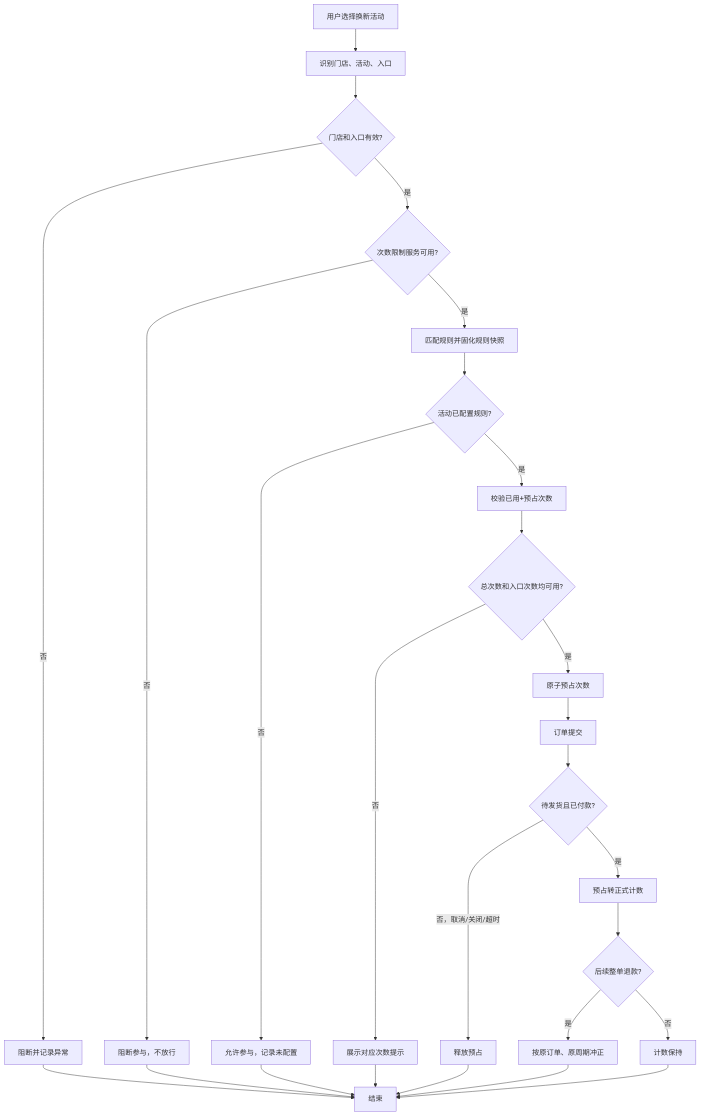
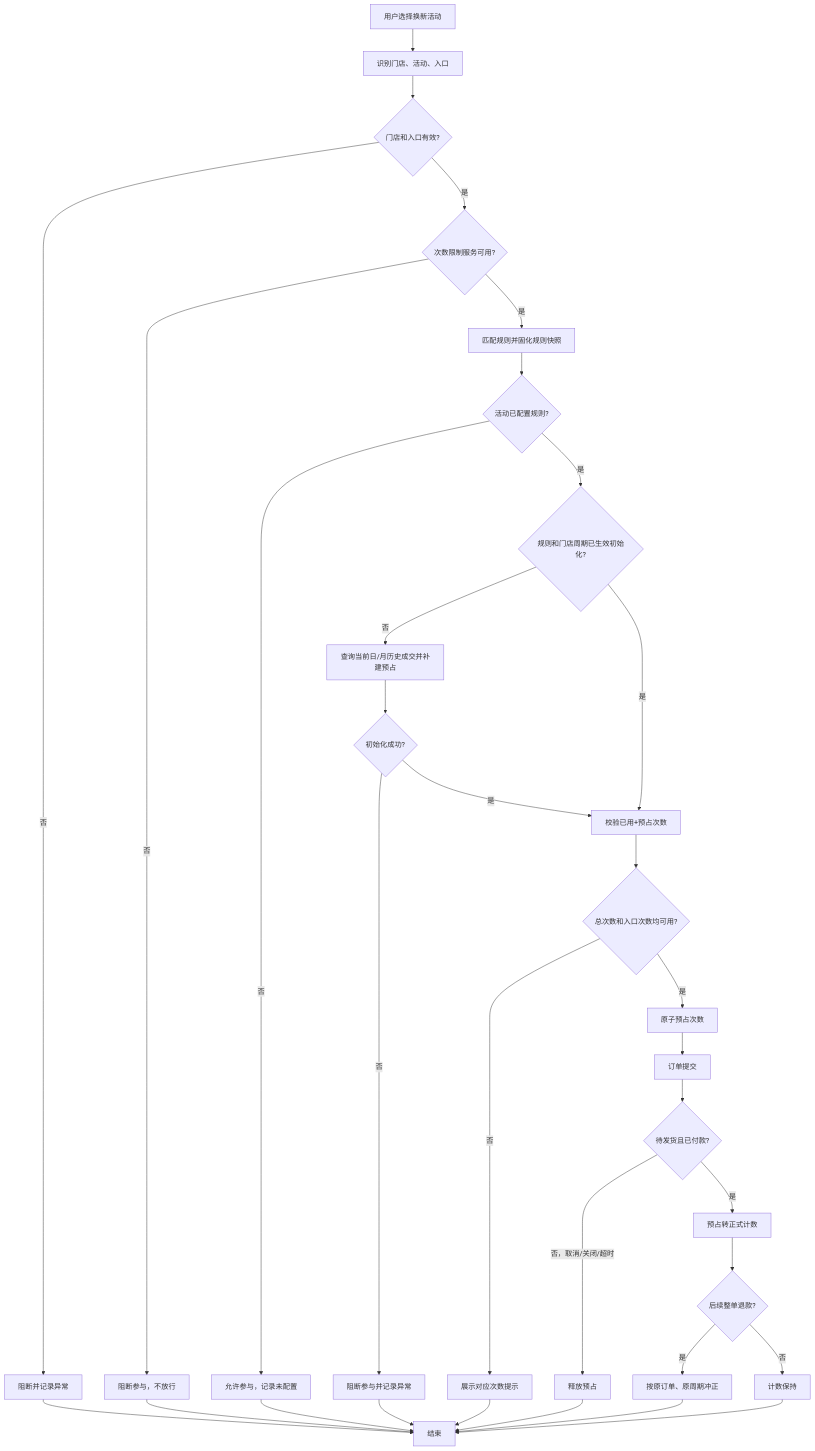
Before and after one commit to HBicon/renewal-activity-quota-review: the diagram in prd.md, drawn with Mermaid. The commit also changed other lines of this file and 5 other files, not shown here.

````diff
--- a/prd.md
+++ b/prd.md
@@ -403,29 +455,35 @@
 ```mermaid
 flowchart TD
     A[用户选择换新活动] --> B[识别门店、活动、入口]
     B --> C{门店和入口有效?}
     C -- 否 --> C1[阻断并记录异常]
     C -- 是 --> D{次数限制服务可用?}
     D -- 否 --> D1[阻断参与，不放行]
     D -- 是 --> E[匹配规则并固化规则快照]
     E --> F{活动已配置规则?}
     F -- 否 --> F1[允许参与，记录未配置]
-    F -- 是 --> G[校验已用+预占次数]
+    F -- 是 --> F2{规则和门店周期已生效初始化?}
+    F2 -- 否 --> F3[查询当前日/月历史成交并补建预占]
+    F3 --> F4{初始化成功?}
+    F4 -- 否 --> F5[阻断参与并记录异常]
+    F4 -- 是 --> G[校验已用+预占次数]
+    F2 -- 是 --> G
     G --> H{总次数和入口次数均可用?}
     H -- 否 --> H1[展示对应次数提示]
     H -- 是 --> I[原子预占次数]
     I --> J[订单提交]
     J --> K{待发货且已付款?}
     K -- 否，取消/关闭/超时 --> L[释放预占]
     K -- 是 --> M[预占转正式计数]
     M --> N{后续整单退款?}
     N -- 是 --> O[按原订单、原周期冲正]
     N -- 否 --> P[计数保持]
     L --> Q[结束]
     H1 --> Q
     C1 --> Q
     F1 --> Q
+    F5 --> Q
     D1 --> Q
     O --> Q
     P --> Q
 ```
````
